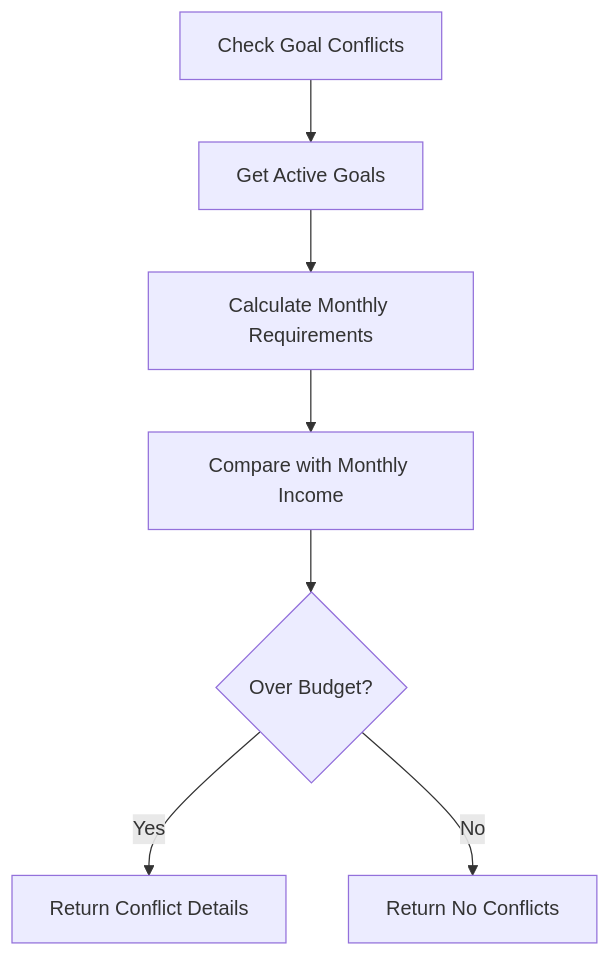
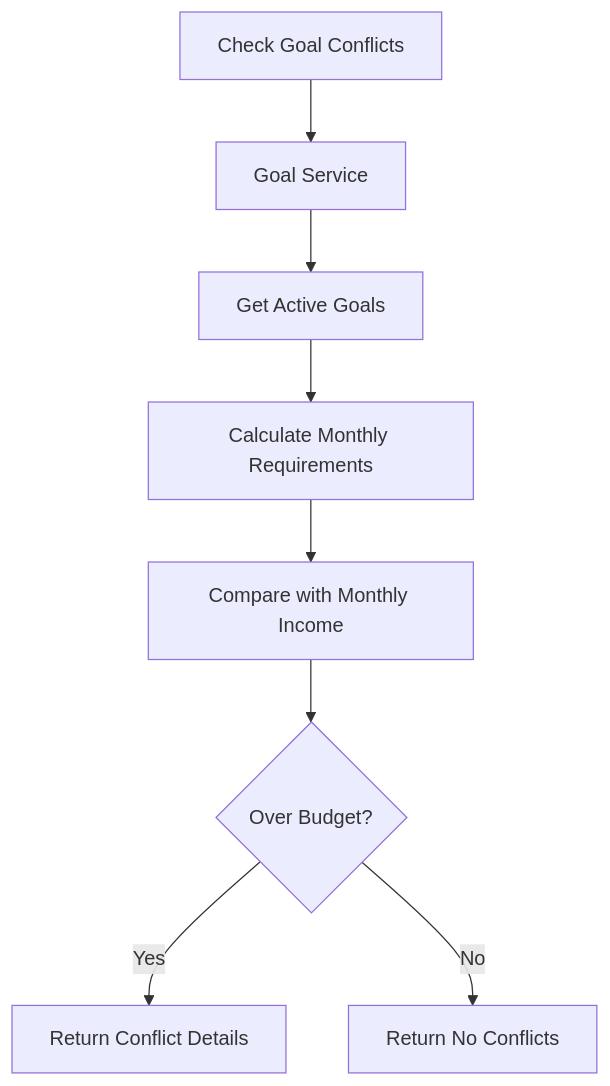
The seventh of 7 diagrams in BACKEND_ARCHITECTURE.md (azeema11/azerro_backend), drawn with Mermaid before and after one commit. The commit also changed other lines of this file and 18 other files, not shown here.

````diff
--- a/BACKEND_ARCHITECTURE.md
+++ b/BACKEND_ARCHITECTURE.md
@@ -274,9 +402,10 @@
 ```mermaid
 graph TD
-    A[Check Goal Conflicts] --> B[Get Active Goals]
-    B --> C[Calculate Monthly Requirements]
-    C --> D[Compare with Monthly Income]
-    D --> E{Over Budget?}
-    E -->|Yes| F[Return Conflict Details]
-    E -->|No| G[Return No Conflicts]
+    A[Check Goal Conflicts] --> B[Goal Service]
+    B --> C[Get Active Goals]
+    C --> D[Calculate Monthly Requirements]
+    D --> E[Compare with Monthly Income]
+    E --> F{Over Budget?}
+    F -->|Yes| G[Return Conflict Details]
+    F -->|No| H[Return No Conflicts]
 ```
````
